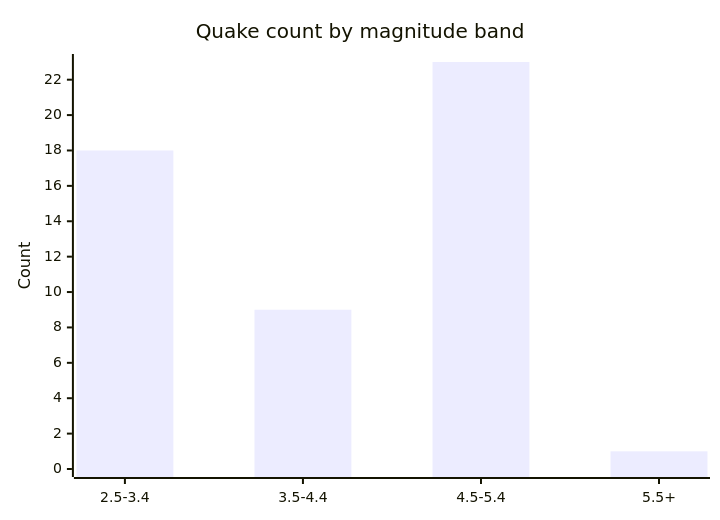
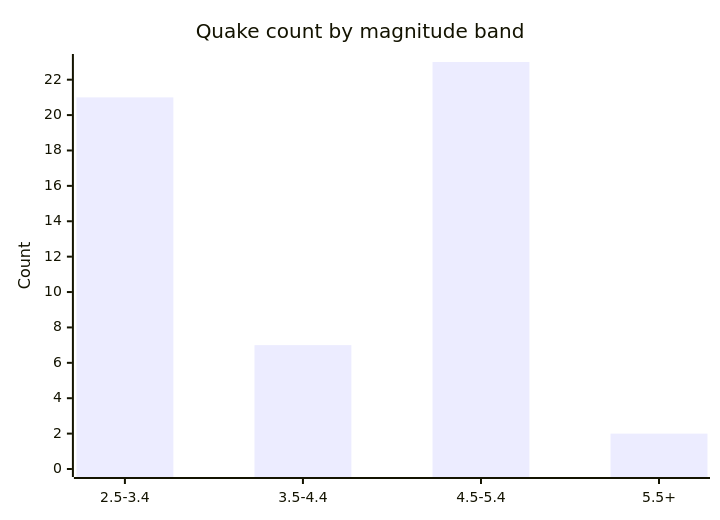
One commit to Midwest-Stratospheric/aerostratospheric-defense-gir changed the fifth of 6 diagrams in docs/GRAPHS.md. Above: the diagram before and after it, drawn with Mermaid. The commit also changed other lines of this file and 26 other files, not shown here.

````diff
--- a/docs/GRAPHS.md
+++ b/docs/GRAPHS.md
@@ -82,7 +82,7 @@
 ```mermaid
 xychart-beta
   title "Quake count by magnitude band"
   x-axis ["2.5-3.4", "3.5-4.4", "4.5-5.4", "5.5+"]
   y-axis "Count" 0 --> 23
-  bar [18, 9, 23, 1]
+  bar [21, 7, 23, 2]
 ```
````
